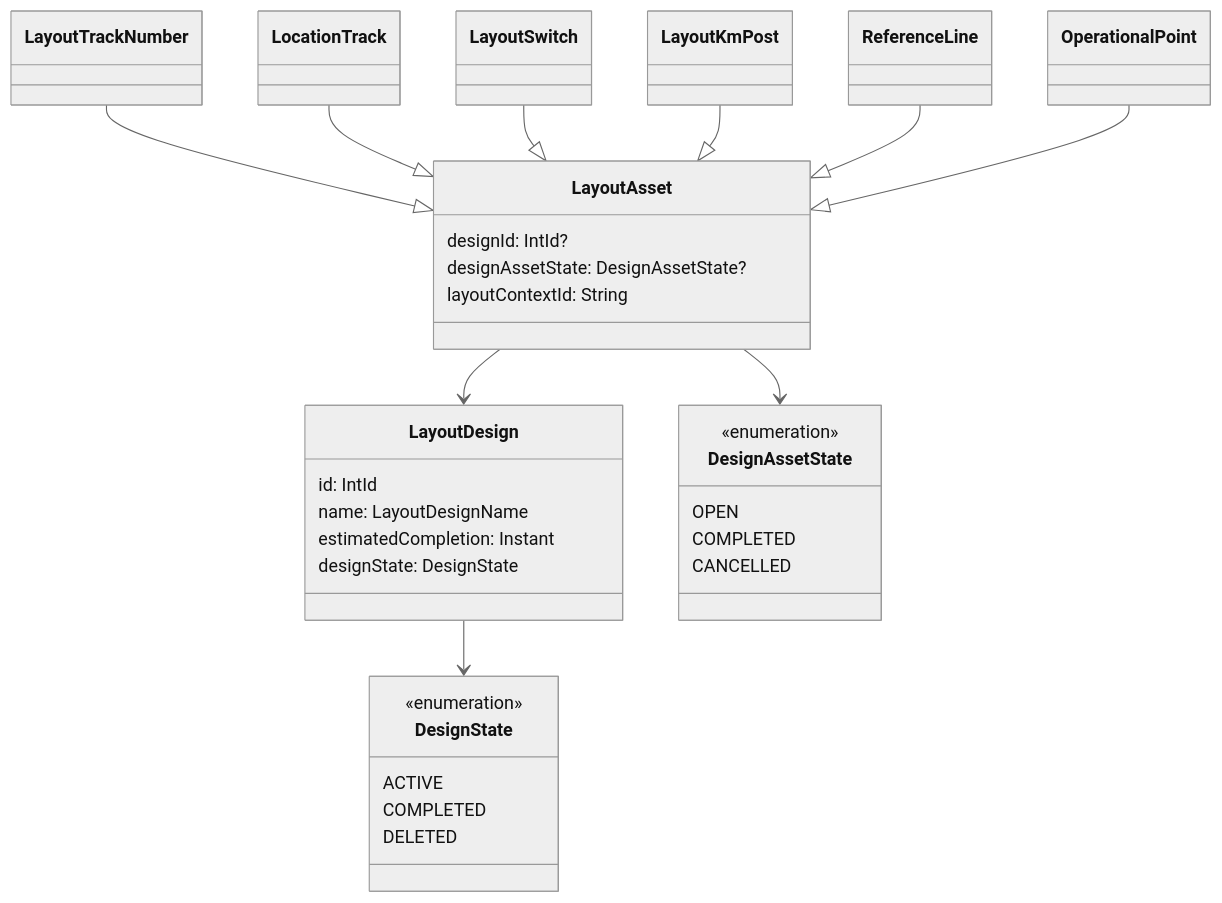
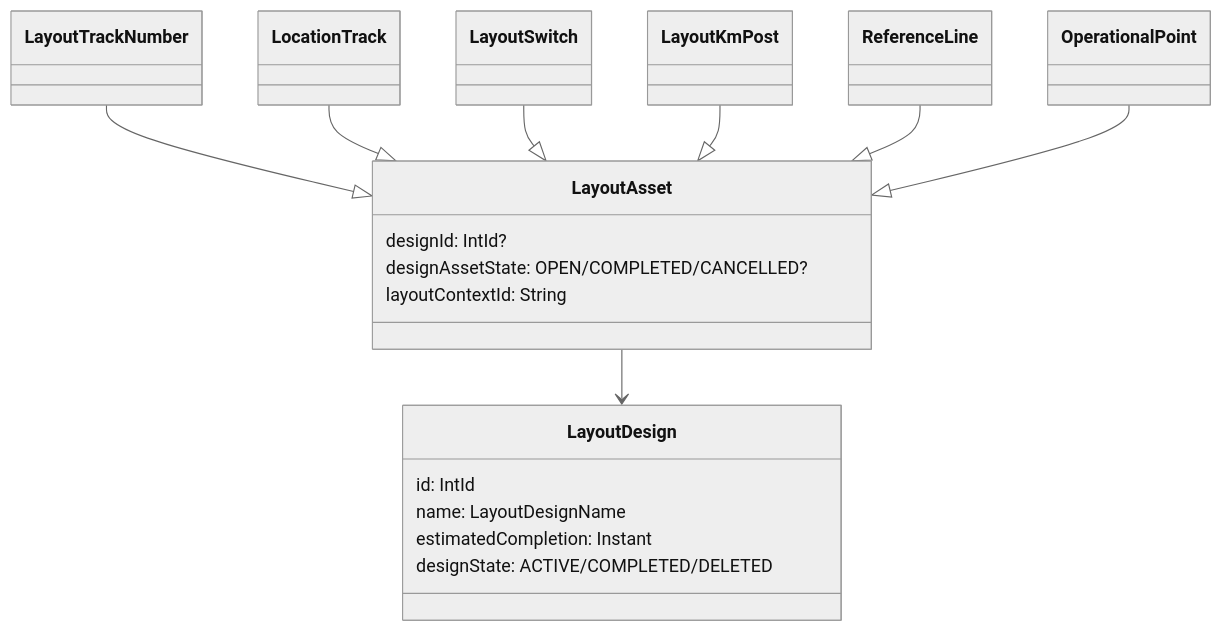
The second of 2 diagrams in doc/suunnitelmatila.md (finnishtransportagency/geoviite), drawn with Mermaid (neutral theme) before and after one commit. The commit also changed other lines of this file and 2 other files, not shown here.

````diff
--- a/doc/suunnitelmatila.md
+++ b/doc/suunnitelmatila.md
@@ -108,47 +107,31 @@
 ```mermaid
 classDiagram
     class LayoutDesign {
         id: IntId
         name: LayoutDesignName
         estimatedCompletion: Instant
-        designState: DesignState
-    }
-    
-    class DesignState {
-        <<enumeration>>
-        ACTIVE
-        COMPLETED
-        DELETED
-    }
-    
-    class DesignAssetState {
-        <<enumeration>>
-        OPEN
-        COMPLETED
-        CANCELLED
+        designState: ACTIVE/COMPLETED/DELETED
     }
     
     class LayoutAsset {
         designId: IntId?
-        designAssetState: DesignAssetState?
+        designAssetState: OPEN/COMPLETED/CANCELLED?
         layoutContextId: String
     }
     
     class LayoutTrackNumber
     class LocationTrack
     class LayoutSwitch
     class LayoutKmPost
     class ReferenceLine
     class OperationalPoint
     
-    LayoutDesign --> DesignState
-    LayoutAsset --> DesignAssetState
     LayoutAsset --> LayoutDesign
     
     LayoutTrackNumber --|> LayoutAsset
     LocationTrack --|> LayoutAsset
     LayoutSwitch --|> LayoutAsset
     LayoutKmPost --|> LayoutAsset
     ReferenceLine --|> LayoutAsset
     OperationalPoint --|> LayoutAsset
 ```
````
